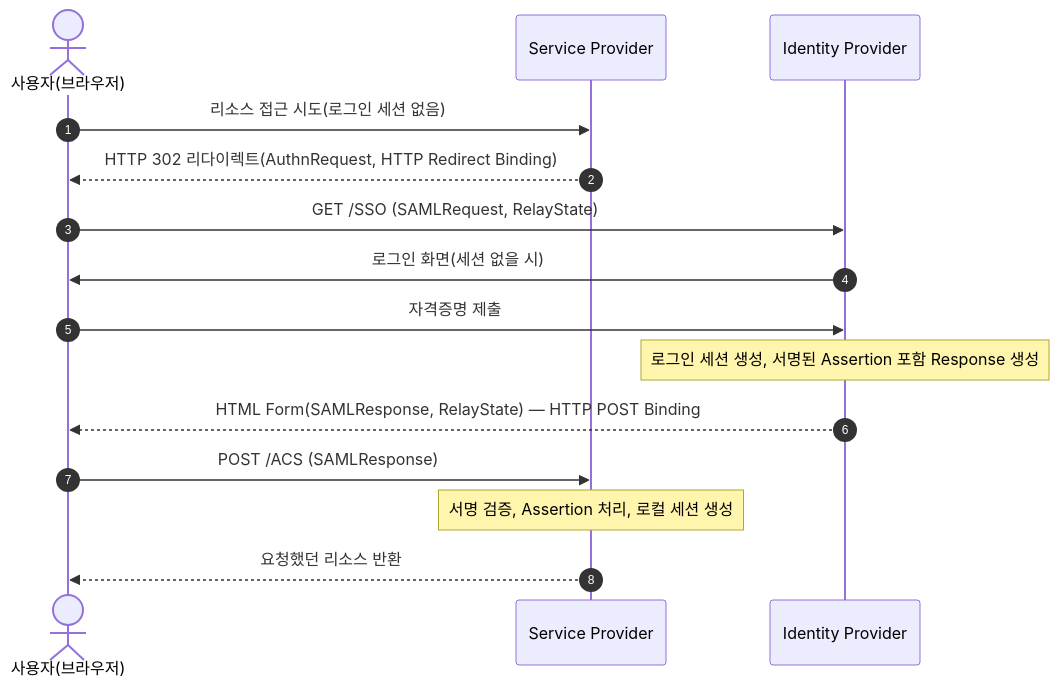
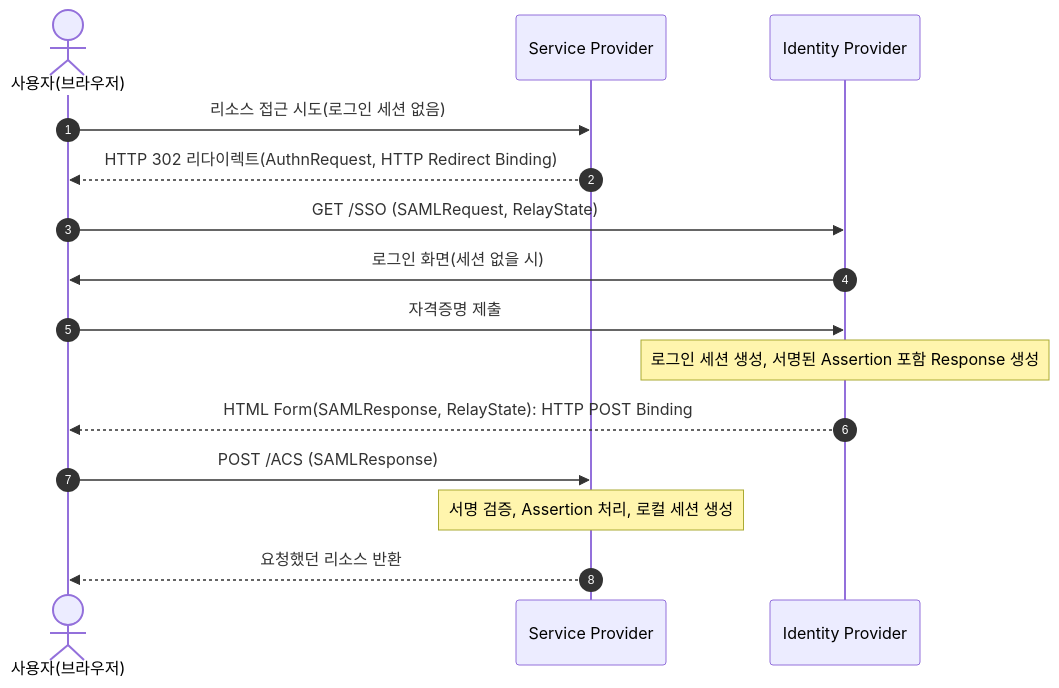
One commit to jinyong-go/llm-wiki changed the diagram in wiki/security/web/sso.md. Above: the diagram before and after it, drawn with Mermaid. The commit also changed other lines of this file and 25 other files, not shown here.

````diff
--- a/wiki/security/web/sso.md
+++ b/wiki/security/web/sso.md
@@ -49,18 +49,18 @@
 ```mermaid
 sequenceDiagram
     autonumber
     actor U as 사용자(브라우저)
     participant SP as Service Provider
     participant IdP as Identity Provider
 
     U->>SP: 리소스 접근 시도(로그인 세션 없음)
     SP-->>U: HTTP 302 리다이렉트(AuthnRequest, HTTP Redirect Binding)
     U->>IdP: GET /SSO (SAMLRequest, RelayState)
     IdP->>U: 로그인 화면(세션 없을 시)
     U->>IdP: 자격증명 제출
     Note over IdP: 로그인 세션 생성, 서명된 Assertion 포함 Response 생성
-    IdP-->>U: HTML Form(SAMLResponse, RelayState) — HTTP POST Binding
+    IdP-->>U: HTML Form(SAMLResponse, RelayState): HTTP POST Binding
     U->>SP: POST /ACS (SAMLResponse)
     Note over SP: 서명 검증, Assertion 처리, 로컬 세션 생성
     SP-->>U: 요청했던 리소스 반환
 ```
````
